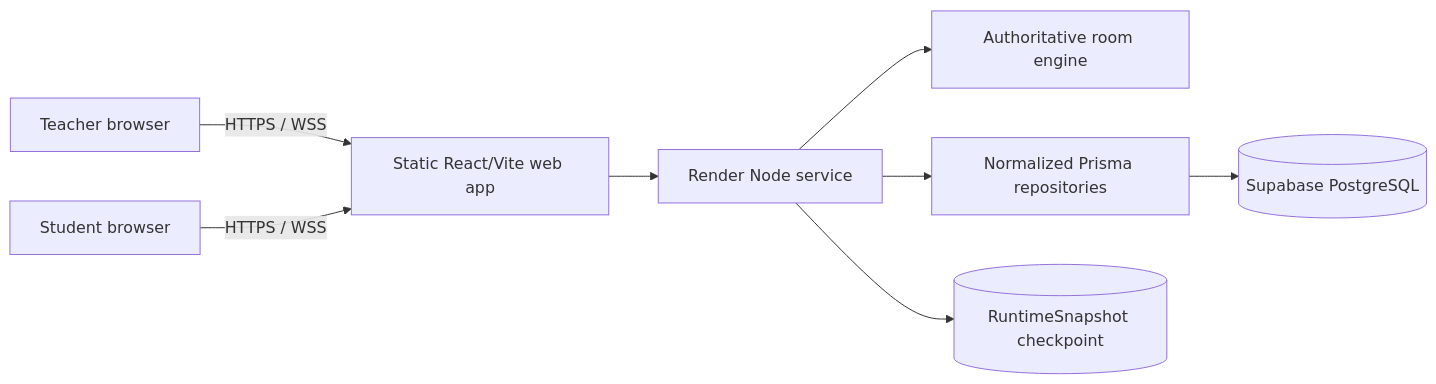
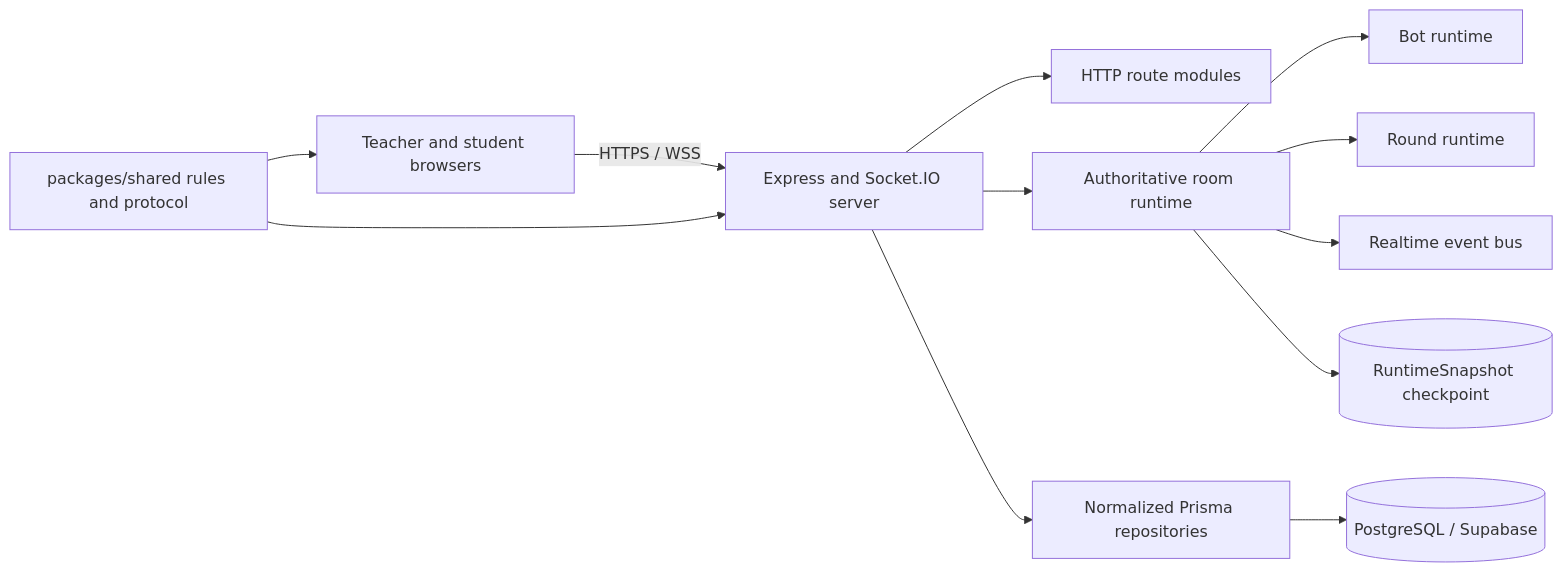
One commit to susume/GyakutenEigo changed the diagram in architecture.md. Above: the diagram before and after it, drawn with Mermaid. The commit also changed other lines of this file and 2 other files, not shown here.

Commit message:
docs: refresh architecture and handoff

````diff
--- a/architecture.md
+++ b/architecture.md
@@ -22,10 +13,15 @@
-~~~mermaid
+```mermaid
 flowchart LR
-  T[Teacher browser] -->|HTTPS / WSS| W[Static React/Vite web app]
-  S[Student browser] -->|HTTPS / WSS| W
-  W --> R[Render Node service]
-  R --> E[Authoritative room engine]
-  R --> N[Normalized Prisma repositories]
-  N --> P[(Supabase PostgreSQL)]
-  R --> C[(RuntimeSnapshot checkpoint)]
-~~~
+  Browser[Teacher and student browsers]
+  Browser -->|HTTPS / WSS| Server[Express and Socket.IO server]
+  Server --> Routes[HTTP route modules]
+  Server --> Room[Authoritative room runtime]
+  Room --> Bots[Bot runtime]
+  Room --> Rounds[Round runtime]
+  Room --> Events[Realtime event bus]
+  Server --> Repos[Normalized Prisma repositories]
+  Repos --> DB[(PostgreSQL / Supabase)]
+  Room --> Snapshot[(RuntimeSnapshot checkpoint)]
+  Shared[packages/shared rules and protocol] --> Server
+  Shared --> Browser
+```
````
